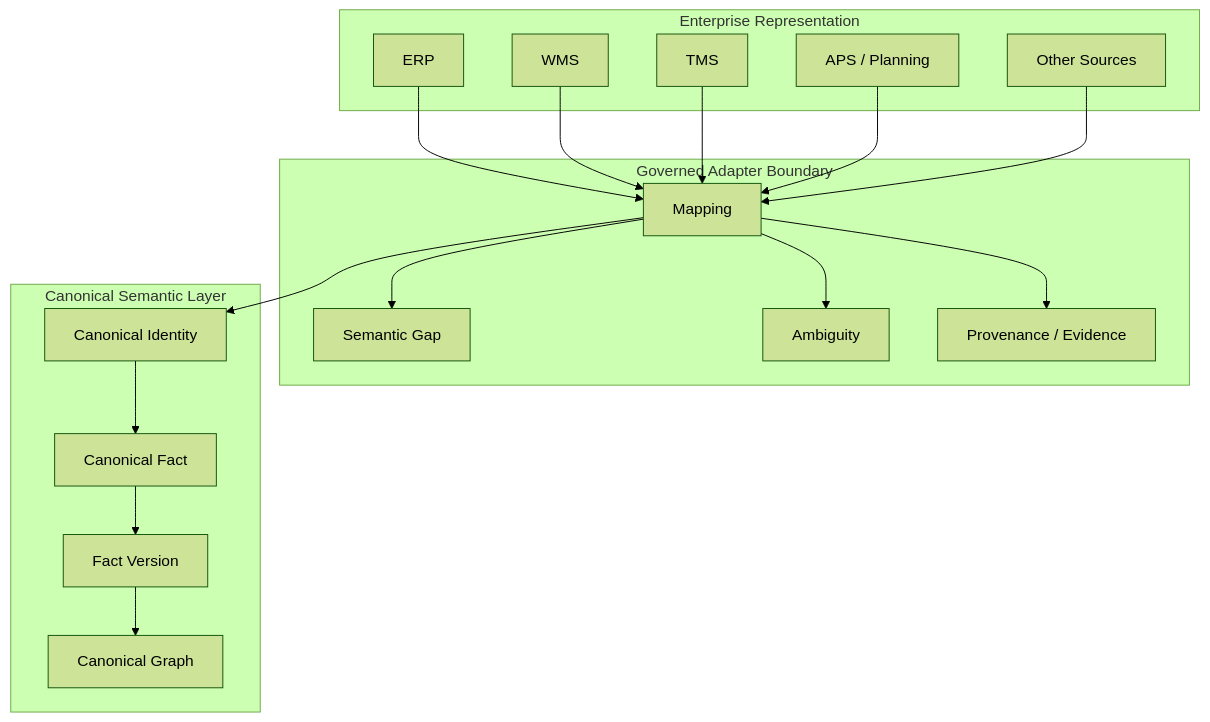
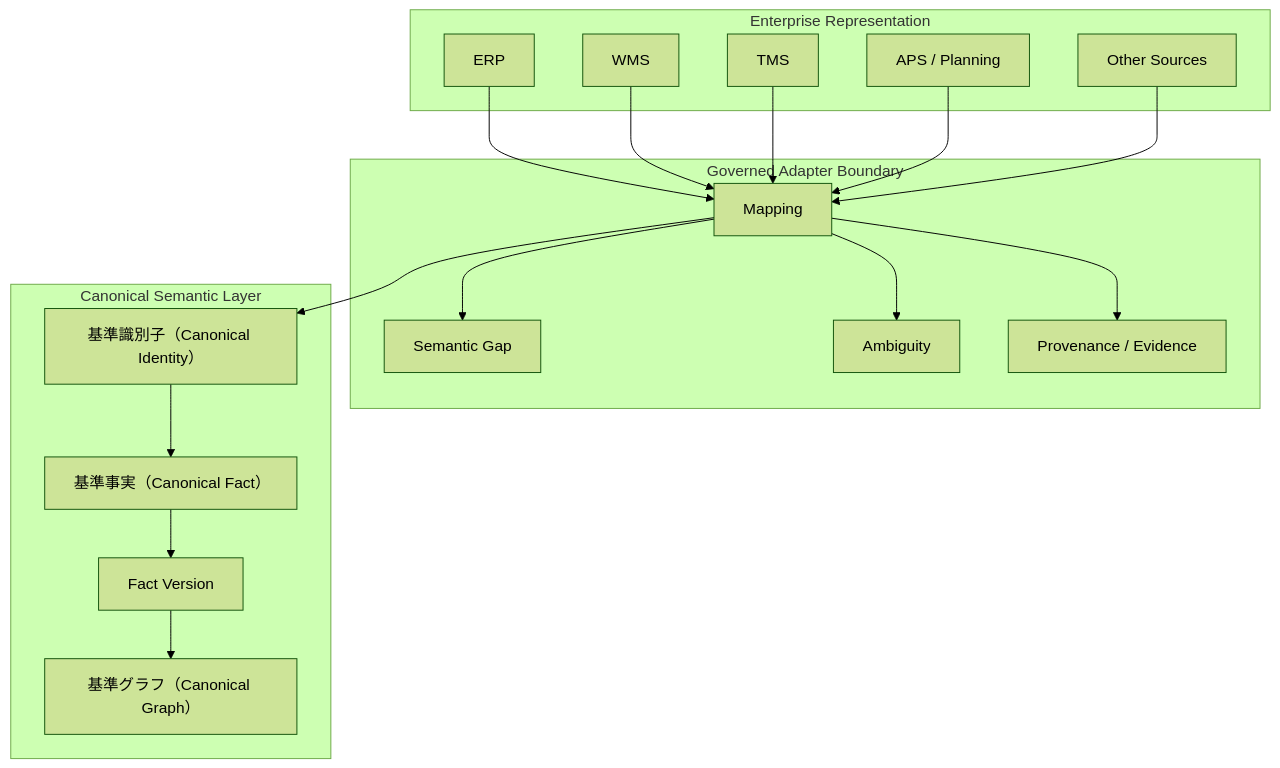
One commit to miumigy/scm-ontology changed the second of 6 diagrams in README.ja.md. Above: the diagram before and after it, drawn with Mermaid (forest theme). The commit also changed other lines of this file and 1 other file, not shown here.

Commit message:
docs: improve Japanese terminology for canonical concepts

````diff
--- a/README.ja.md
+++ b/README.ja.md
@@ -98,35 +98,35 @@
 ```mermaid
 flowchart TB
     subgraph SOURCE[Enterprise Representation]
         ERP[ERP]
         WMS[WMS]
         TMS[TMS]
         APS[APS / Planning]
         EXT[Other Sources]
     end
 
     subgraph BOUNDARY[Governed Adapter Boundary]
         MAP[Mapping]
         GAP[Semantic Gap]
         AMB[Ambiguity]
         PROV[Provenance / Evidence]
     end
 
     subgraph CANONICAL[Canonical Semantic Layer]
-        ID[Canonical Identity]
-        FACT[Canonical Fact]
+        ID[基準識別子（Canonical Identity）]
+        FACT[基準事実（Canonical Fact）]
         VER[Fact Version]
-        GRAPH[Canonical Graph]
+        GRAPH[基準グラフ（Canonical Graph）]
     end
 
     ERP --> MAP
     WMS --> MAP
     TMS --> MAP
     APS --> MAP
     EXT --> MAP
     MAP --> GAP
     MAP --> AMB
     MAP --> PROV
     MAP --> ID
     ID --> FACT --> VER --> GRAPH
 ```
````
